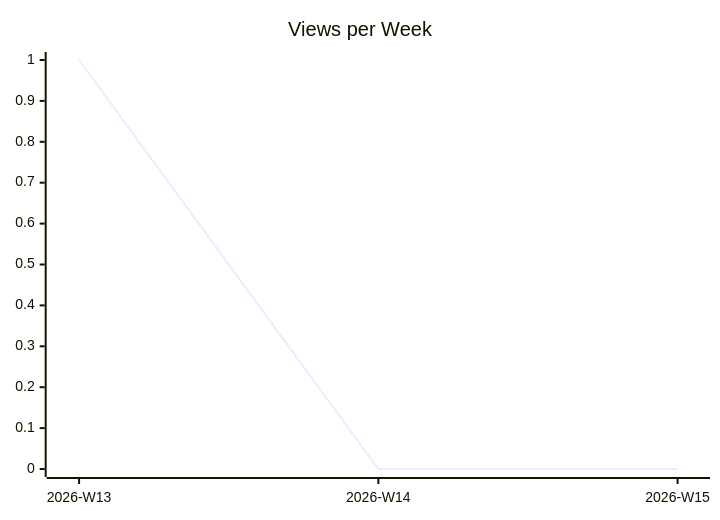
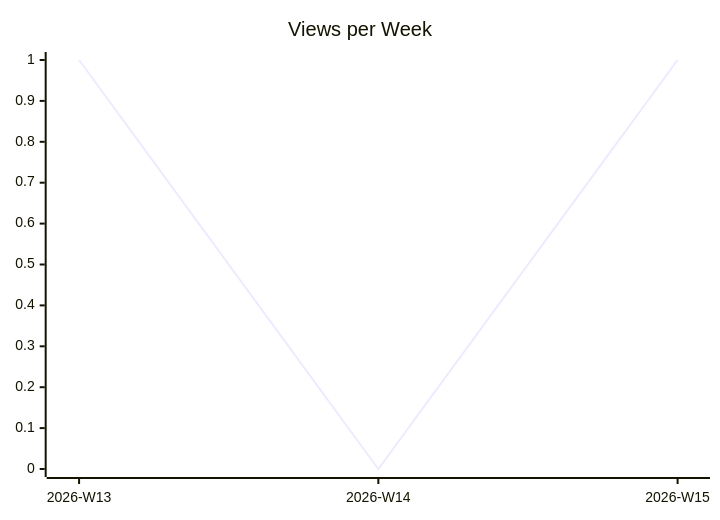
The second of 3 diagrams in karlmdavis/justdavis-finances/README.md (justdavis-family/github-analytics-data), drawn with Mermaid before and after one commit. The commit also changed other lines of this file and 192 other files, not shown here.

````diff
--- a/karlmdavis/justdavis-finances/README.md
+++ b/karlmdavis/justdavis-finances/README.md
@@ -12,6 +12,6 @@
 ```mermaid
 xychart-beta
   title "Views per Week"
   x-axis ["2026-W13", "2026-W14", "2026-W15"]
-  line [1, 0, 0]
+  line [1, 0, 1]
 ```
````
